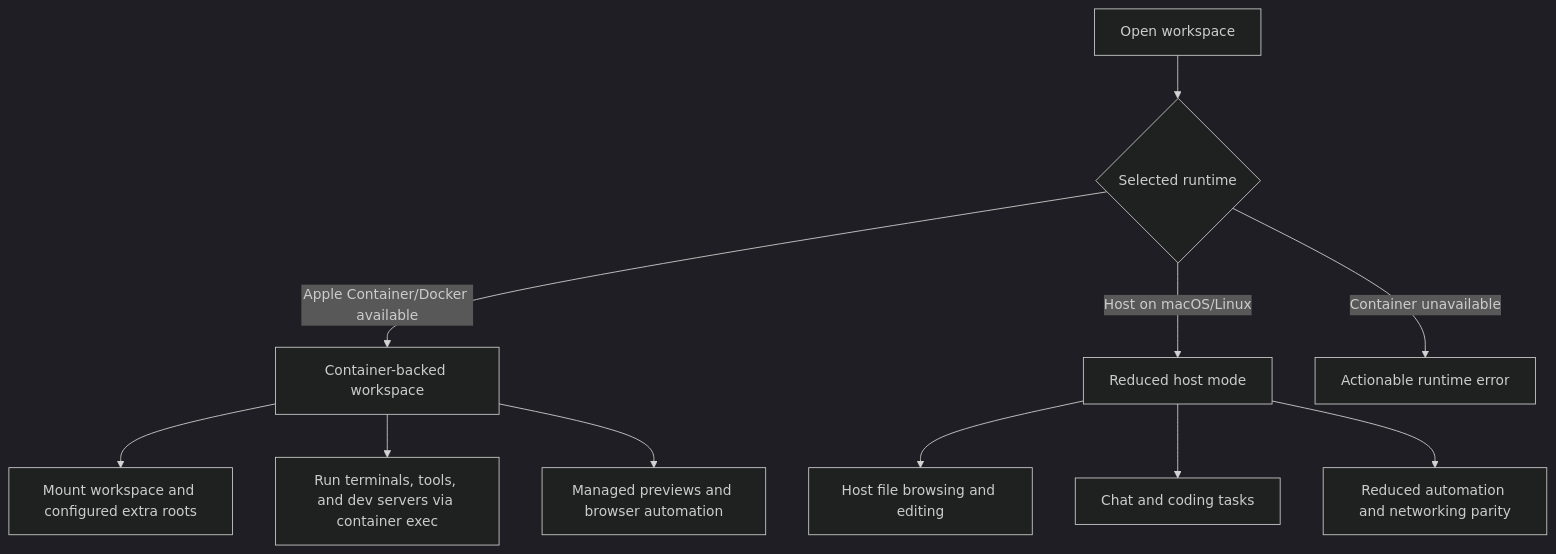
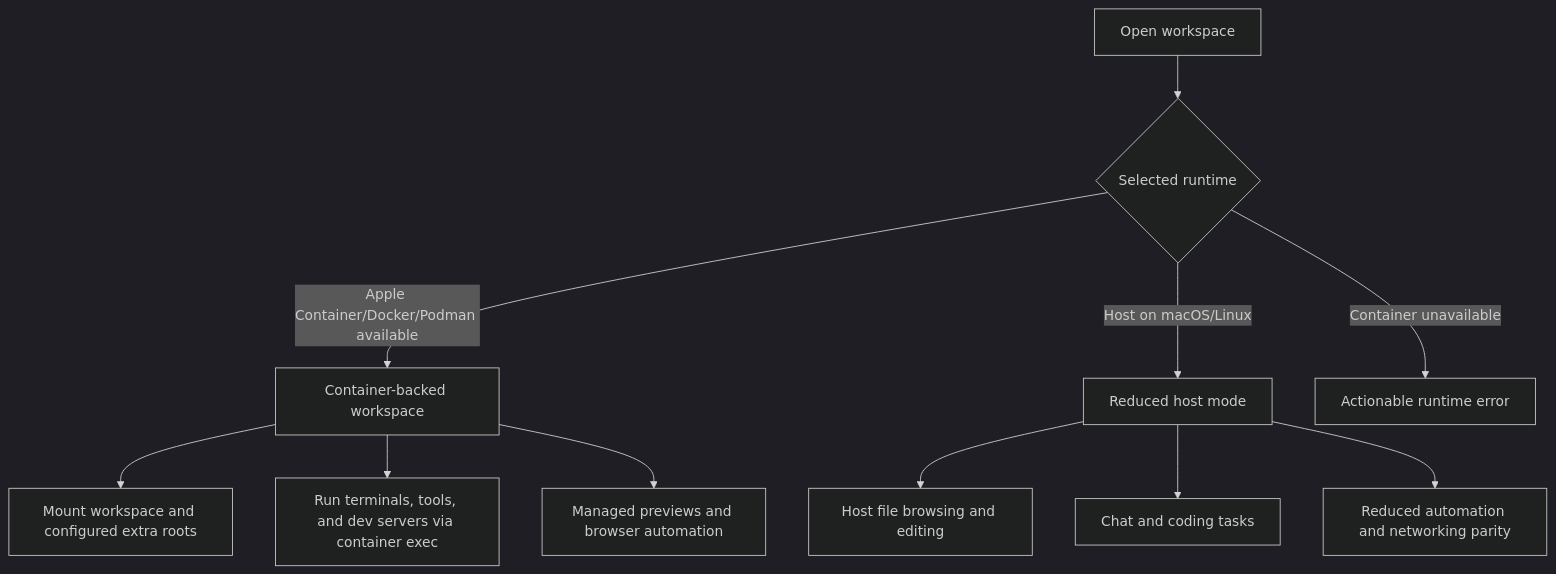
The second of 2 diagrams in apps/docs-site/docs/reference/architecture.md (sero-labs/sero), drawn with Mermaid (dark theme) before and after one commit. The commit also changed other lines of this file and 21 other files, not shown here.

Commit message:
docs(runtime): document Docker Podman runtime behavior

````diff
--- a/apps/docs-site/docs/reference/architecture.md
+++ b/apps/docs-site/docs/reference/architecture.md
@@ -91,15 +91,15 @@
 ```mermaid
 flowchart TD
   Open[Open workspace] --> Pick{Selected runtime}
-  Pick -->|Apple Container/Docker available| Container[Container-backed workspace]
+  Pick -->|Apple Container/Docker/Podman available| Container[Container-backed workspace]
   Pick -->|Host on macOS/Linux| Host[Reduced host mode]
   Pick -->|Container unavailable| Error[Actionable runtime error]
 
   Container --> Mounts[Mount workspace and configured extra roots]
   Container --> Exec["Run terminals, tools, and dev servers via container exec"]
   Container --> Preview[Managed previews and browser automation]
 
   Host --> HostFiles[Host file browsing and editing]
   Host --> HostChat[Chat and coding tasks]
   Host --> Limits[Reduced automation and networking parity]
 ```
````
